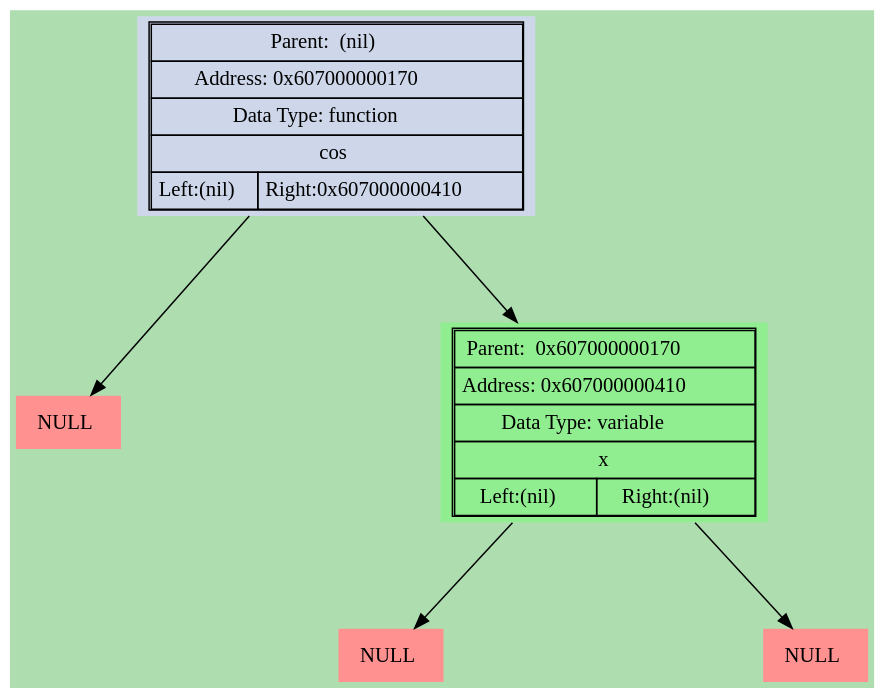
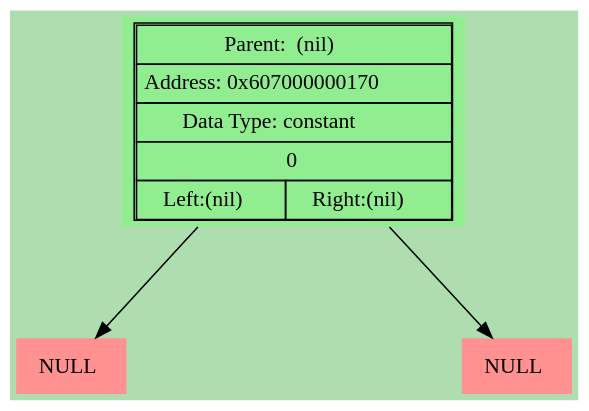
The diagram in dumps/graphic_dump.dot (bgclutch/differentiator_ded), drawn with Graphviz before and after one commit. The commit also changed 7 other files, not shown here.

```diff
--- a/dumps/graphic_dump.dot
+++ b/dumps/graphic_dump.dot
@@ -1,44 +1,30 @@
 digraph LIST{
 harset = "UTF-8";
 node [shape=plaintext];
 bgcolor = "#0000aa";
 fontcolor = black;
 fontsize = 18;
 style = "italic";
 margin = 1;
 ranksep = 1;
 nodesep = 3;
 bgcolor = "#aedeb0";
 "0x6070000001a8" [style = "filled", fillcolor = "#ff9191", label=<
 <table border = "0" cellspacing="2" cellpadding="4">
 <tr><td>NULL</td></tr></table>>];
 
 "0x607000000170" -> "0x6070000001a8";
-"0x607000000410" [style = "filled", fillcolor = "lightgreen",label=<
-<table border="1" cellspacing="0" cellpadding="4">
-<tr><td colspan="2">Parent:  0x607000000170</td></tr>
-<tr><td colspan="2">Address: 0x607000000410</td></tr>
-<tr><td colspan="2">Data Type: variable</td></tr>
-<tr><td colspan="2">x</td></tr>
-<tr><td align = "center" >Left:(nil)</td><td align = "center" >Right:(nil)</td></tr></table>>];
-
-"0x607000000170" -> "0x607000000410";
-"0x607000000410" -> "0x607000000448";
-"0x607000000448" [style = "filled", fillcolor = "#ff9191", label=<
+"0x6070000001b0" [style = "filled", fillcolor = "#ff9191", label=<
 <table border = "0" cellspacing="2" cellpadding="4">
 <tr><td>NULL</td></tr></table>>];
 
-"0x607000000410" -> "0x607000000450";
-"0x607000000450" [style = "filled", fillcolor = "#ff9191", label=<
-<table border = "0" cellspacing="2" cellpadding="4">
-<tr><td>NULL</td></tr></table>>];
-
-"0x607000000170" [style = "filled", fillcolor = "#ced7ea",label=<
+"0x607000000170" -> "0x6070000001b0";
+"0x607000000170" [style = "filled", fillcolor = "lightgreen",label=<
 <table border="1" cellspacing="0" cellpadding="4">
 <tr><td colspan="2">Parent:  (nil)</td></tr>
 <tr><td colspan="2">Address: 0x607000000170</td></tr>
-<tr><td colspan="2">Data Type: function</td></tr>
-<tr><td colspan="2">cos</td></tr>
-<tr><td align = "center" >Left:(nil)</td><td align = "center" >Right:0x607000000410</td></tr></table>>];
+<tr><td colspan="2">Data Type: constant</td></tr>
+<tr><td colspan="2">0</td></tr>
+<tr><td align = "center" >Left:(nil)</td><td align = "center" >Right:(nil)</td></tr></table>>];
 
 }
```
